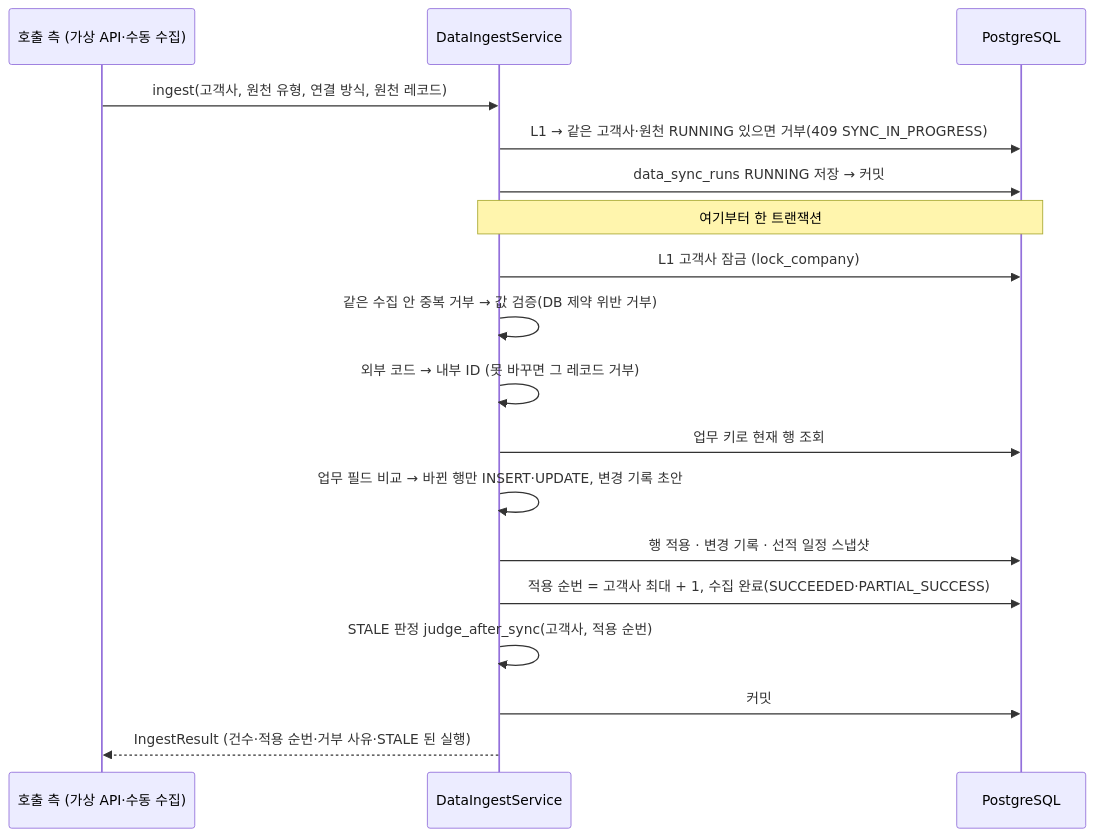
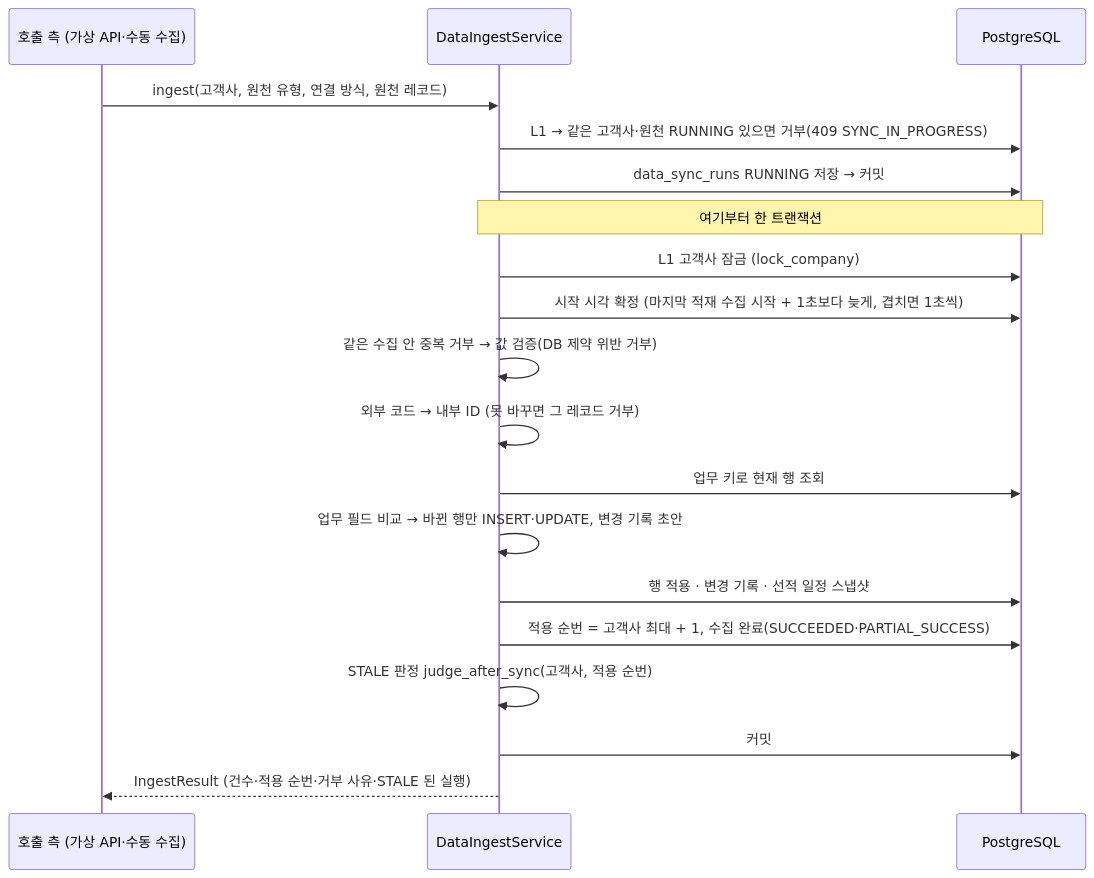
One commit to K-GlowShip/glowship-server changed the diagram in docs/data-sync/ingest.md. Above: the diagram before and after it, drawn with Mermaid. The commit also changed other lines of this file and 4 other files, not shown here.

````diff
--- a/docs/data-sync/ingest.md
+++ b/docs/data-sync/ingest.md
@@ -9,21 +9,22 @@
 ```mermaid
 sequenceDiagram
     participant C as 호출 측 (가상 API·수동 수집)
     participant S as DataIngestService
     participant DB as PostgreSQL
 
     C->>S: ingest(고객사, 원천 유형, 연결 방식, 원천 레코드)
     S->>DB: L1 → 같은 고객사·원천 RUNNING 있으면 거부(409 SYNC_IN_PROGRESS)
     S->>DB: data_sync_runs RUNNING 저장 → 커밋
     Note over S,DB: 여기부터 한 트랜잭션
     S->>DB: L1 고객사 잠금 (lock_company)
+    S->>DB: 시작 시각 확정 (마지막 적재 수집 시작 + 1초보다 늦게, 겹치면 1초씩)
     S->>S: 같은 수집 안 중복 거부 → 값 검증(DB 제약 위반 거부)
     S->>S: 외부 코드 → 내부 ID (못 바꾸면 그 레코드 거부)
     S->>DB: 업무 키로 현재 행 조회
     S->>S: 업무 필드 비교 → 바뀐 행만 INSERT·UPDATE, 변경 기록 초안
     S->>DB: 행 적용 · 변경 기록 · 선적 일정 스냅샷
     S->>DB: 적용 순번 = 고객사 최대 + 1, 수집 완료(SUCCEEDED·PARTIAL_SUCCESS)
     S->>S: STALE 판정 judge_after_sync(고객사, 적용 순번)
     S->>DB: 커밋
     S-->>C: IngestResult (건수·적용 순번·거부 사유·STALE 된 실행)
 ```
````
